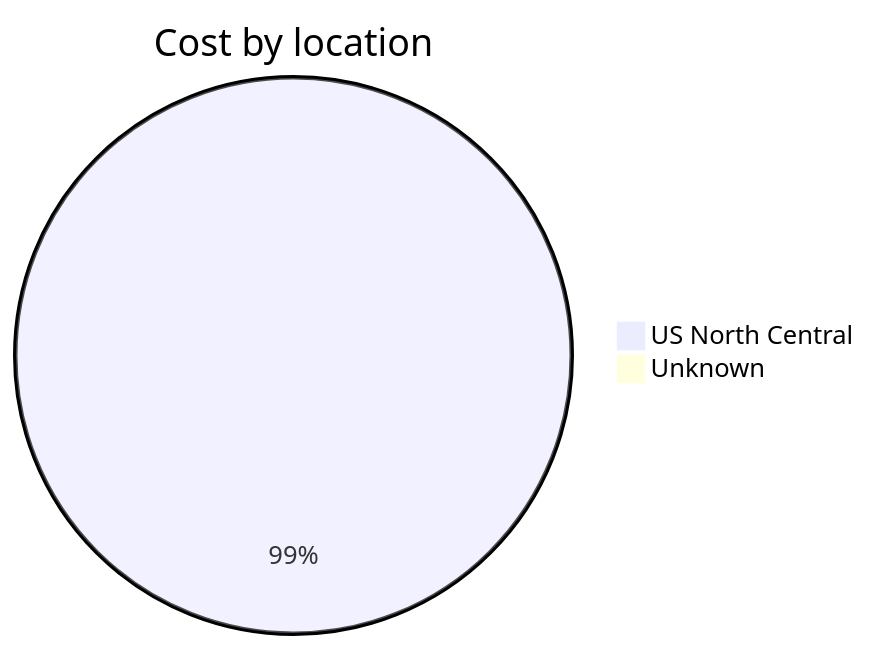
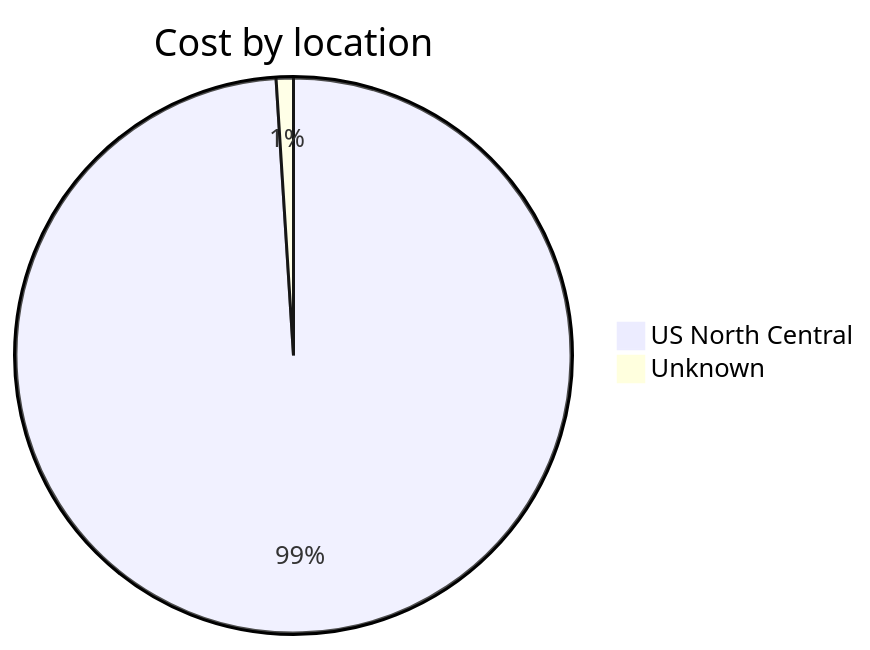
One commit to jpfulton/azure-personal-reports changed the third of 4 diagrams in cost-reports/personal-network/README.md. Above: the diagram before and after it, drawn with Mermaid. The commit also changed other lines of this file and 8 other files, not shown here.

````diff
--- a/cost-reports/personal-network/README.md
+++ b/cost-reports/personal-network/README.md
@@ -114,6 +114,6 @@
 ```mermaid
 pie
    title Cost by location
-   "US North Central" : 36.91
-   "Unknown" : 0.37
+   "US North Central" : 38.53
+   "Unknown" : 0.39
 ```
````
